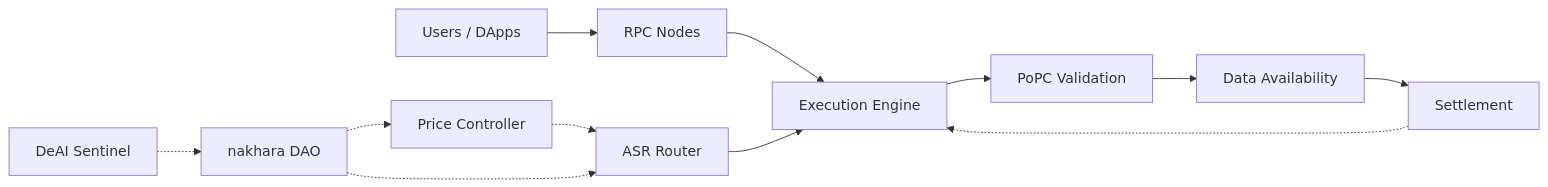
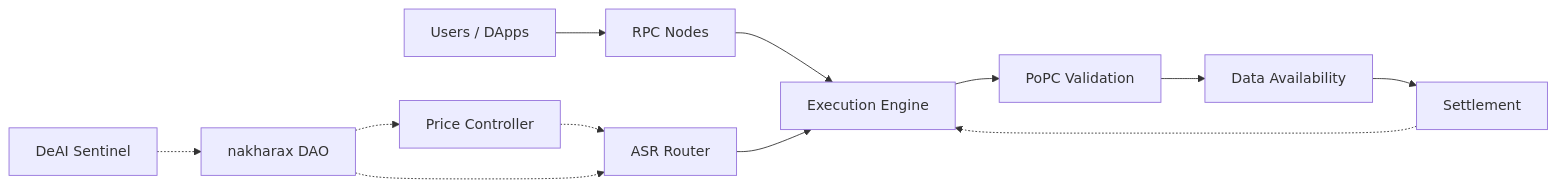
The diagram in services/core/core/README.md (axionaxprotocol/nakharax), drawn with Mermaid before and after one commit. The commit also changed other lines of this file and 476 other files, not shown here.

First line of the commit message:
refactor(rebrand): rename nakhara to nakharax

````diff
--- a/services/core/core/README.md
+++ b/services/core/core/README.md
@@ -177,15 +177,15 @@
 ```mermaid
 flowchart LR
     Clients[Users / DApps] --> RPC[RPC Nodes]
     RPC --> Exec[Execution Engine]
     Exec --> PoPC[PoPC Validation]
     PoPC --> DA[Data Availability]
     DA --> Settle[Settlement]
     Settle -.-> Exec
 
     ASR[ASR Router] --> Exec
     PPC[Price Controller] -.-> ASR
-    DeAI[DeAI Sentinel] -.-> DAO[nakhara DAO]
+    DeAI[DeAI Sentinel] -.-> DAO[nakharax DAO]
     DAO -.-> ASR
     DAO -.-> PPC
 ```
````
